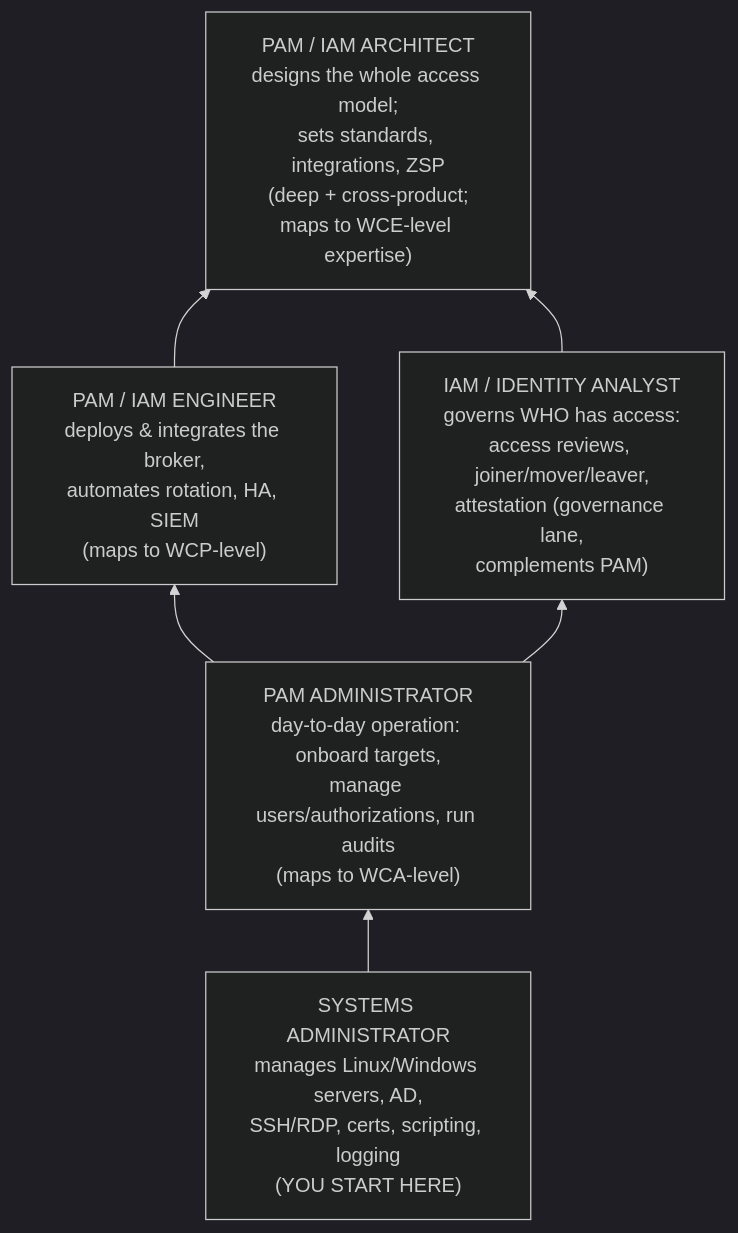
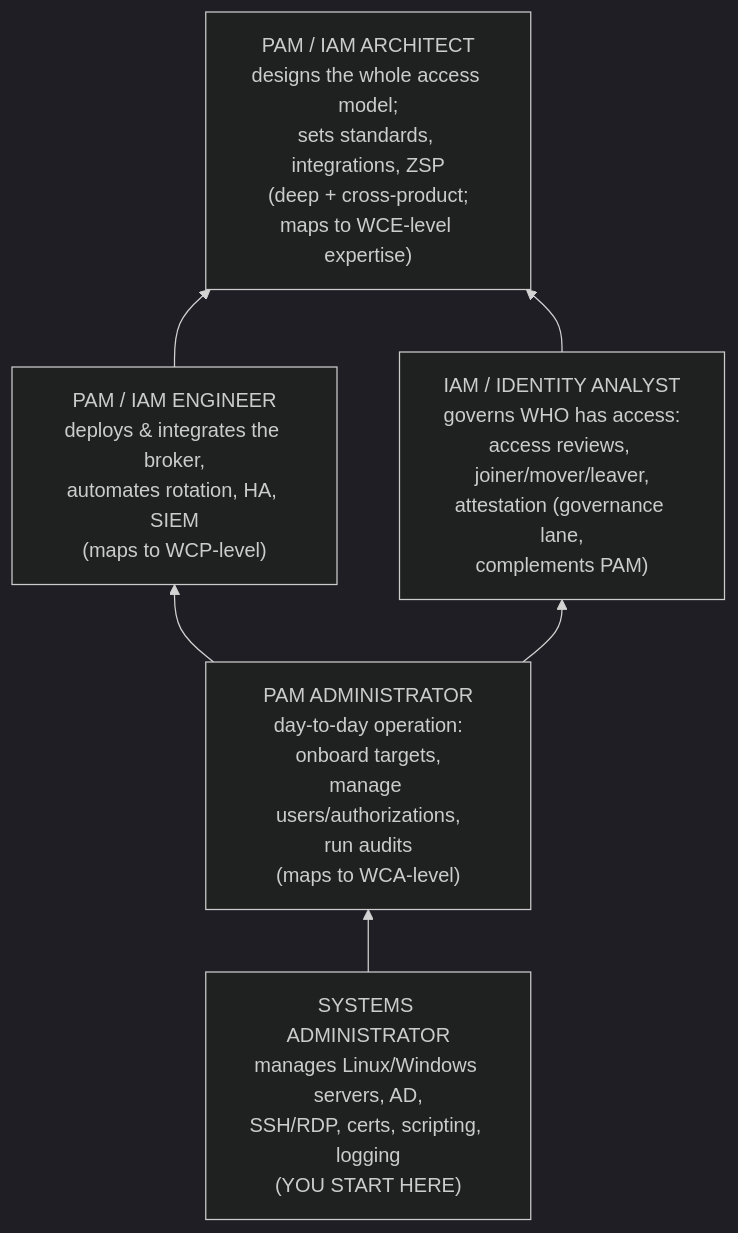
The first of 4 diagrams in certs/wallix/career/sysadmin-to-pam-roadmap.md (morandeirachema/WallixCerts), drawn with Mermaid (dark theme) before and after one commit. The commit also changed 35 other files, not shown here.

First line of the commit message:
Tidy Mermaid boxes: balanced wrapping at a narrower width (36)

````diff
--- a/certs/wallix/career/sysadmin-to-pam-roadmap.md
+++ b/certs/wallix/career/sysadmin-to-pam-roadmap.md
@@ -102,14 +102,14 @@
 ```mermaid
 flowchart BT
     sysadmin["SYSTEMS ADMINISTRATOR<br/>manages Linux/Windows servers, AD,<br/>SSH/RDP, certs, scripting, logging<br/>(YOU START HERE)"]
-    admin["PAM ADMINISTRATOR<br/>day-to-day operation: onboard targets,<br/>manage users/authorizations, run audits<br/>(maps to WCA-level)"]
+    admin["PAM ADMINISTRATOR<br/>day-to-day operation:<br/>onboard targets,<br/>manage users/authorizations,<br/>run audits<br/>(maps to WCA-level)"]
     engineer["PAM / IAM ENGINEER<br/>deploys & integrates the broker,<br/>automates rotation, HA, SIEM<br/>(maps to WCP-level)"]
     analyst["IAM / IDENTITY ANALYST<br/>governs WHO has access:<br/>access reviews, joiner/mover/leaver,<br/>attestation (governance lane,<br/>complements PAM)"]
     architect["PAM / IAM ARCHITECT<br/>designs the whole access model;<br/>sets standards, integrations, ZSP<br/>(deep + cross-product;<br/>maps to WCE-level expertise)"]
 
     sysadmin --> admin
     admin --> engineer
     admin --> analyst
     engineer --> architect
     analyst --> architect
 ```
````
